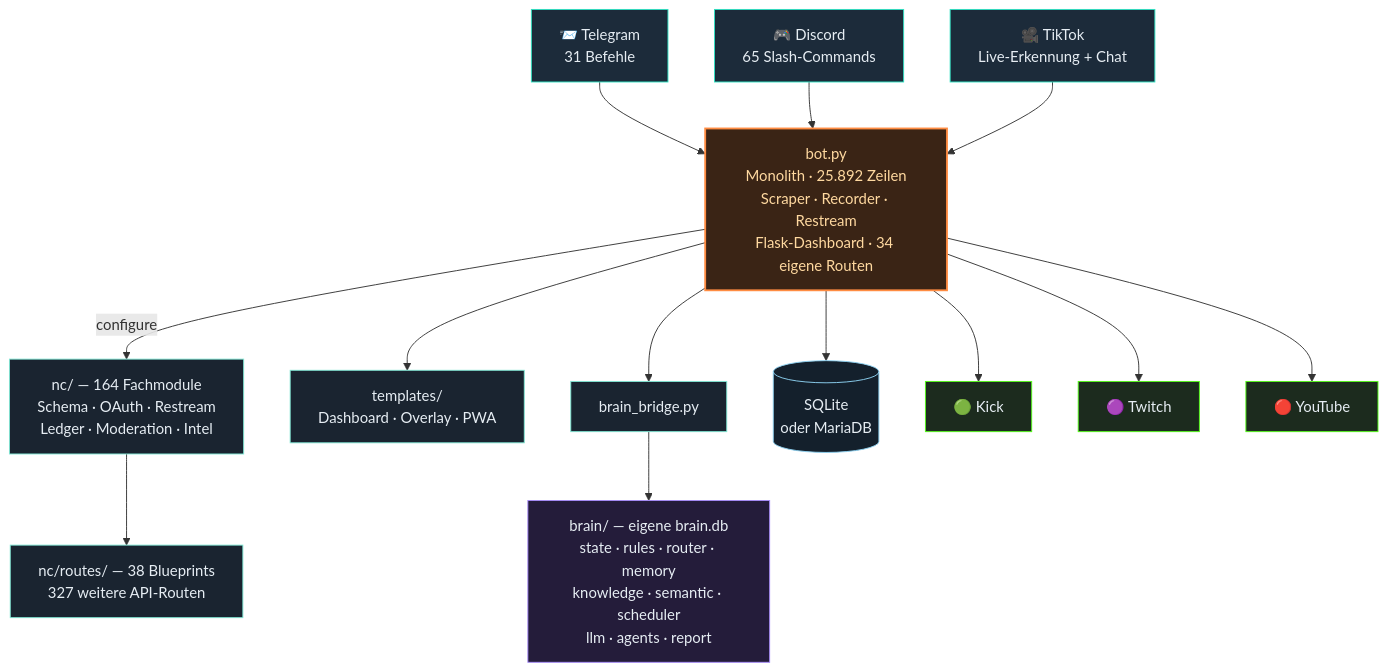
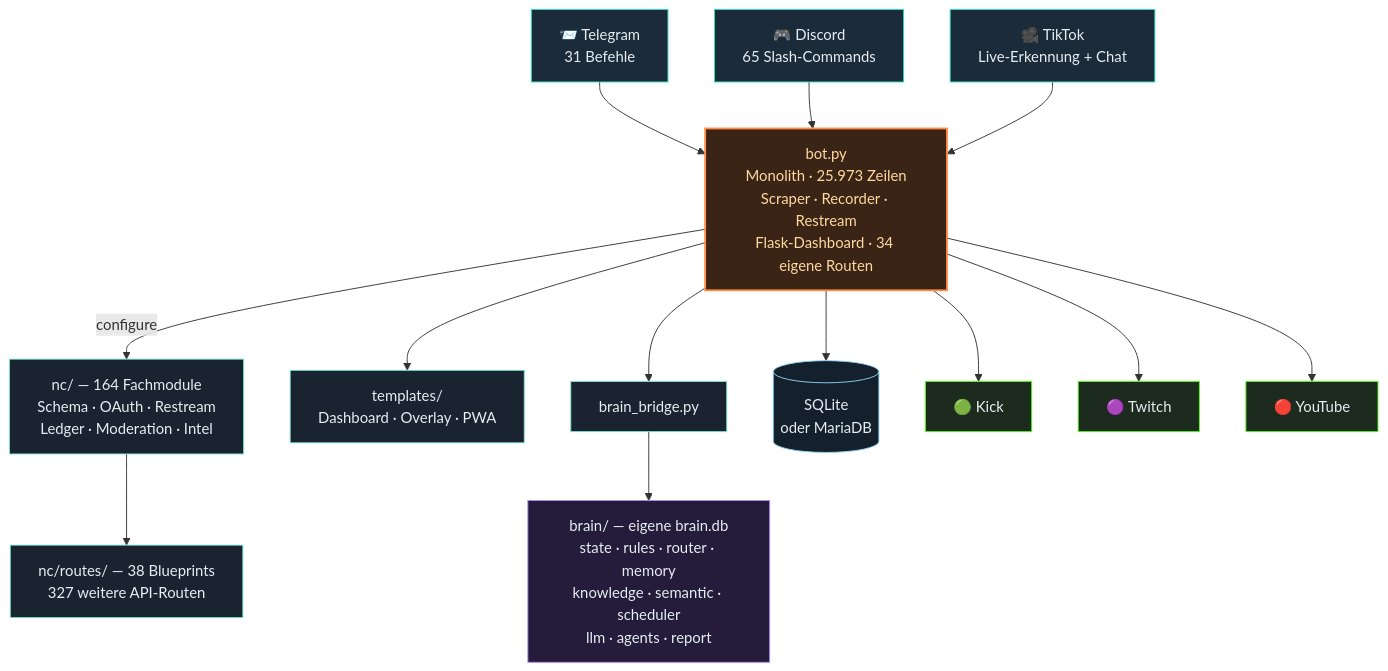
One commit to itsamemedev/Telegram-Stream-Info-Bot changed the third of 4 diagrams in README.md. Above: the diagram before and after it, drawn with Mermaid. The commit also changed other lines of this file and 12 other files, not shown here.

````diff
--- a/README.md
+++ b/README.md
@@ -189,30 +189,30 @@
 ```mermaid
 flowchart TB
     TG["📨 Telegram<br/>31 Befehle"]:::ein
     DC["🎮 Discord<br/>65 Slash-Commands"]:::ein
     TT["🎥 TikTok<br/>Live-Erkennung + Chat"]:::ein
 
     TG --> BOT
     DC --> BOT
     TT --> BOT
 
-    BOT["bot.py<br/>Monolith · 25.892 Zeilen<br/>Scraper · Recorder · Restream<br/>Flask-Dashboard · 34 eigene Routen"]:::core
+    BOT["bot.py<br/>Monolith · 25.973 Zeilen<br/>Scraper · Recorder · Restream<br/>Flask-Dashboard · 34 eigene Routen"]:::core
 
     BOT -->|configure| NC["nc/ — 164 Fachmodule<br/>Schema · OAuth · Restream<br/>Ledger · Moderation · Intel"]:::lib
     NC --> RT["nc/routes/ — 38 Blueprints<br/>327 weitere API-Routen"]:::lib
     BOT --> TPL["templates/<br/>Dashboard · Overlay · PWA"]:::lib
     BOT --> BR["brain_bridge.py"]:::lib
     BR --> BRAIN["brain/ — eigene brain.db<br/>state · rules · router · memory<br/>knowledge · semantic · scheduler<br/>llm · agents · report"]:::brain
     BOT --> DB[("SQLite<br/>oder MariaDB")]:::db
 
     BOT --> KICK["🟢 Kick"]:::out
     BOT --> TW["🟣 Twitch"]:::out
     BOT --> YT["🔴 YouTube"]:::out
 
     classDef ein fill:#1c2b3a,stroke:#2de1c2,color:#e6edf3
     classDef core fill:#3a2415,stroke:#ff8c42,stroke-width:2px,color:#ffd9a0
     classDef lib fill:#1a2430,stroke:#7fe7d4,color:#e6edf3
     classDef brain fill:#241c3a,stroke:#a78bfa,color:#e6edf3
     classDef db fill:#14202c,stroke:#8fd3f4,color:#e6edf3
     classDef out fill:#1c2b1e,stroke:#53fc18,color:#e6edf3
 ```
````
